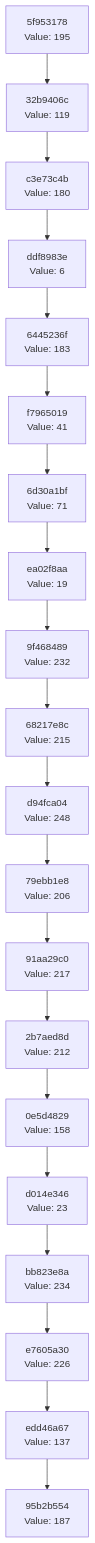
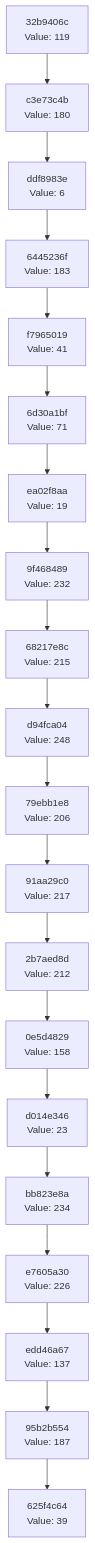
Before and after one commit to Abhisheksinha1506/hash-chain-evolver: the diagram in docs/CHAIN_VISUALIZATION.md, drawn with Mermaid. The commit also changed 1 other file, not shown here.

Commit message:
Evolution step: hash 0x27 → action executed

````diff
--- a/docs/CHAIN_VISUALIZATION.md
+++ b/docs/CHAIN_VISUALIZATION.md
@@ -3,42 +3,42 @@
 ```mermaid
 graph TD
-    C0["95b2b554<br/>Value: 187"]
-    C1["edd46a67<br/>Value: 137"]
+    C0["625f4c64<br/>Value: 39"]
+    C1["95b2b554<br/>Value: 187"]
     C1 --> C0
-    C2["e7605a30<br/>Value: 226"]
+    C2["edd46a67<br/>Value: 137"]
     C2 --> C1
-    C3["bb823e8a<br/>Value: 234"]
+    C3["e7605a30<br/>Value: 226"]
     C3 --> C2
-    C4["d014e346<br/>Value: 23"]
+    C4["bb823e8a<br/>Value: 234"]
     C4 --> C3
-    C5["0e5d4829<br/>Value: 158"]
+    C5["d014e346<br/>Value: 23"]
     C5 --> C4
-    C6["2b7aed8d<br/>Value: 212"]
+    C6["0e5d4829<br/>Value: 158"]
     C6 --> C5
-    C7["91aa29c0<br/>Value: 217"]
+    C7["2b7aed8d<br/>Value: 212"]
     C7 --> C6
-    C8["79ebb1e8<br/>Value: 206"]
+    C8["91aa29c0<br/>Value: 217"]
     C8 --> C7
-    C9["d94fca04<br/>Value: 248"]
+    C9["79ebb1e8<br/>Value: 206"]
     C9 --> C8
-    C10["68217e8c<br/>Value: 215"]
+    C10["d94fca04<br/>Value: 248"]
     C10 --> C9
-    C11["9f468489<br/>Value: 232"]
+    C11["68217e8c<br/>Value: 215"]
     C11 --> C10
-    C12["ea02f8aa<br/>Value: 19"]
+    C12["9f468489<br/>Value: 232"]
     C12 --> C11
-    C13["6d30a1bf<br/>Value: 71"]
+    C13["ea02f8aa<br/>Value: 19"]
     C13 --> C12
-    C14["f7965019<br/>Value: 41"]
+    C14["6d30a1bf<br/>Value: 71"]
     C14 --> C13
-    C15["6445236f<br/>Value: 183"]
+    C15["f7965019<br/>Value: 41"]
     C15 --> C14
-    C16["ddf8983e<br/>Value: 6"]
+    C16["6445236f<br/>Value: 183"]
     C16 --> C15
-    C17["c3e73c4b<br/>Value: 180"]
+    C17["ddf8983e<br/>Value: 6"]
     C17 --> C16
-    C18["32b9406c<br/>Value: 119"]
+    C18["c3e73c4b<br/>Value: 180"]
     C18 --> C17
-    C19["5f953178<br/>Value: 195"]
+    C19["32b9406c<br/>Value: 119"]
     C19 --> C18
 ```
````
